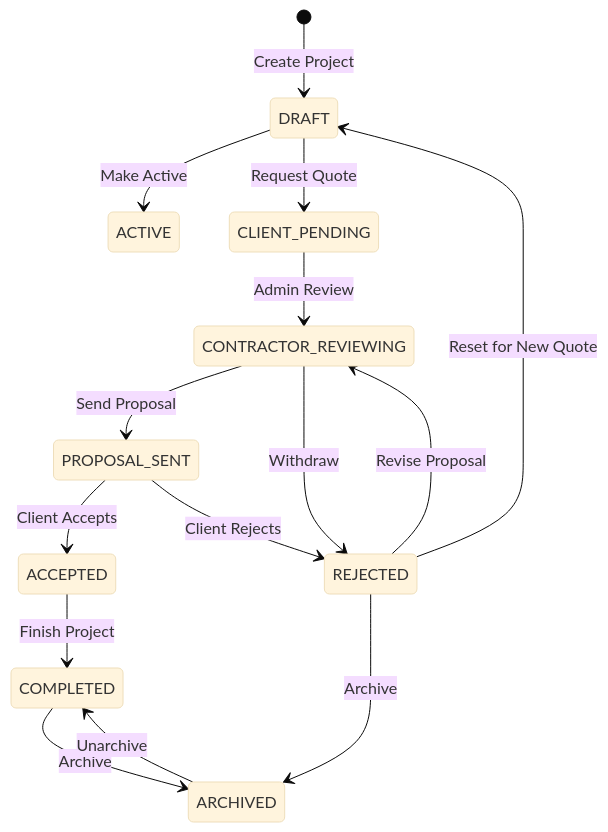
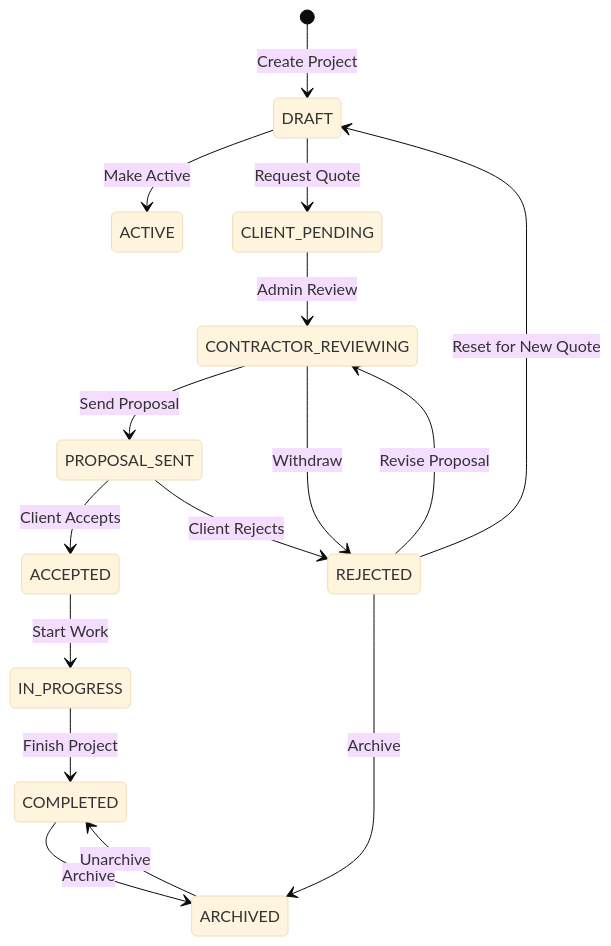
One commit to Justin322322/roofcal changed the fifth of 11 diagrams in README.md. Above: the diagram before and after it, drawn with Mermaid (base theme). The commit also changed other lines of this file and 1 other file, not shown here.

````diff
--- a/README.md
+++ b/README.md
@@ -395,17 +447,18 @@
 ```mermaid
 stateDiagram-v2
     [*] --> DRAFT: Create Project
     DRAFT --> ACTIVE: Make Active
     DRAFT --> CLIENT_PENDING: Request Quote
     CLIENT_PENDING --> CONTRACTOR_REVIEWING: Admin Review
     CONTRACTOR_REVIEWING --> PROPOSAL_SENT: Send Proposal
     CONTRACTOR_REVIEWING --> REJECTED: Withdraw
     PROPOSAL_SENT --> ACCEPTED: Client Accepts
     PROPOSAL_SENT --> REJECTED: Client Rejects
-    ACCEPTED --> COMPLETED: Finish Project
+    ACCEPTED --> IN_PROGRESS: Start Work
+    IN_PROGRESS --> COMPLETED: Finish Project
     COMPLETED --> ARCHIVED: Archive
     REJECTED --> DRAFT: Reset for New Quote
     REJECTED --> CONTRACTOR_REVIEWING: Revise Proposal
     REJECTED --> ARCHIVED: Archive
     ARCHIVED --> COMPLETED: Unarchive
 ```
````
